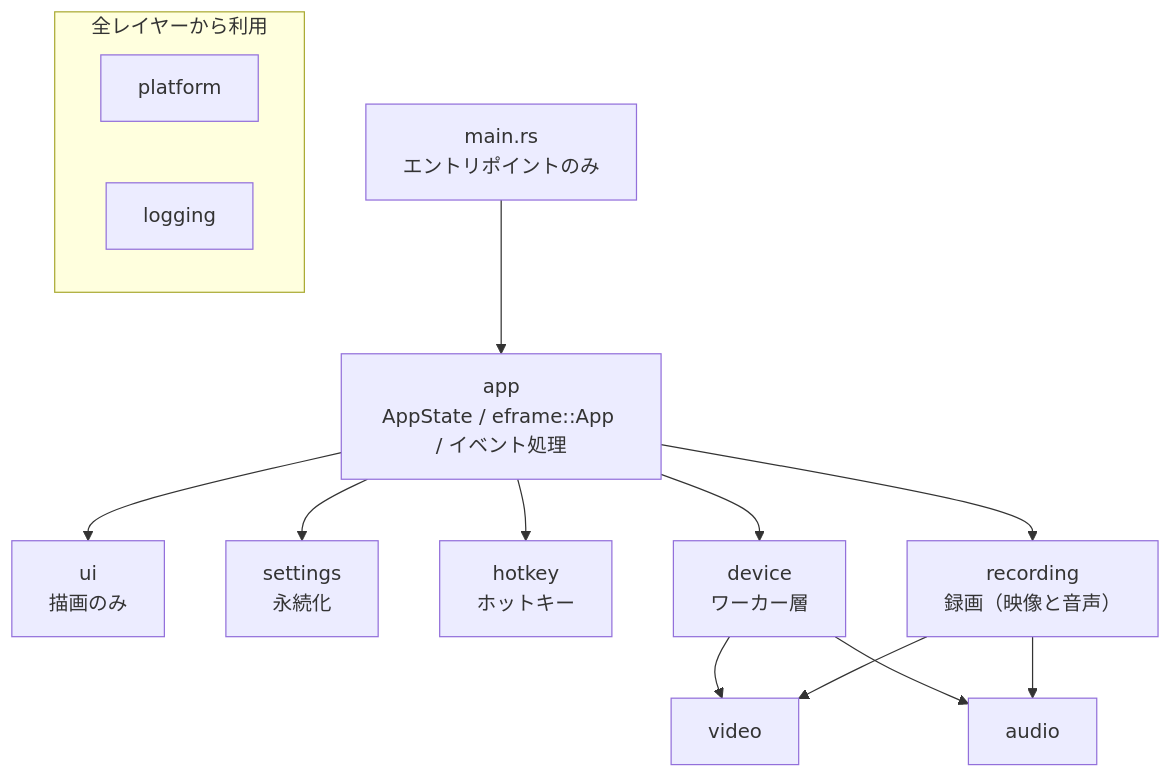
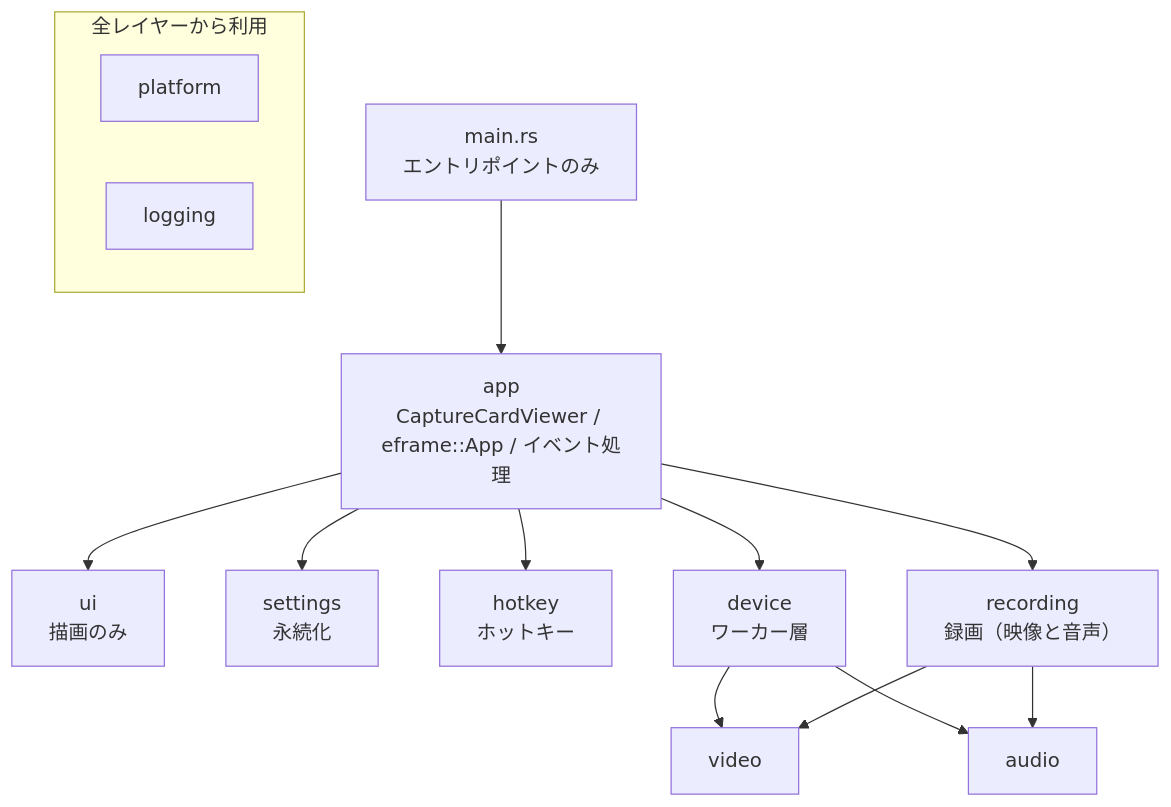
One commit to Mui-MuiMui/Capturecard_Viewer changed the first of 4 diagrams in docs/ARCHITECTURE.md. Above: the diagram before and after it, drawn with Mermaid. The commit also changed other lines of this file and 4 other files, not shown here.

````diff
--- a/docs/ARCHITECTURE.md
+++ b/docs/ARCHITECTURE.md
@@ -22,30 +22,30 @@
 ```mermaid
 flowchart TD
     main["main.rs<br/>エントリポイントのみ"]
-    app["app<br/>AppState / eframe::App / イベント処理"]
+    app["app<br/>CaptureCardViewer / eframe::App / イベント処理"]
     ui["ui<br/>描画のみ"]
     settings["settings<br/>永続化"]
     hotkey["hotkey<br/>ホットキー"]
     device["device<br/>ワーカー層"]
     recording["recording<br/>録画（映像と音声）"]
     video["video"]
     audio["audio"]
     platform["platform"]
     logging["logging"]
 
     main --> app
     app --> ui
     app --> settings
     app --> hotkey
     app --> device
     device --> video
     device --> audio
     app --> recording
     recording --> video
     recording --> audio
 
     subgraph shared ["全レイヤーから利用"]
         platform
         logging
     end
 ```
````
